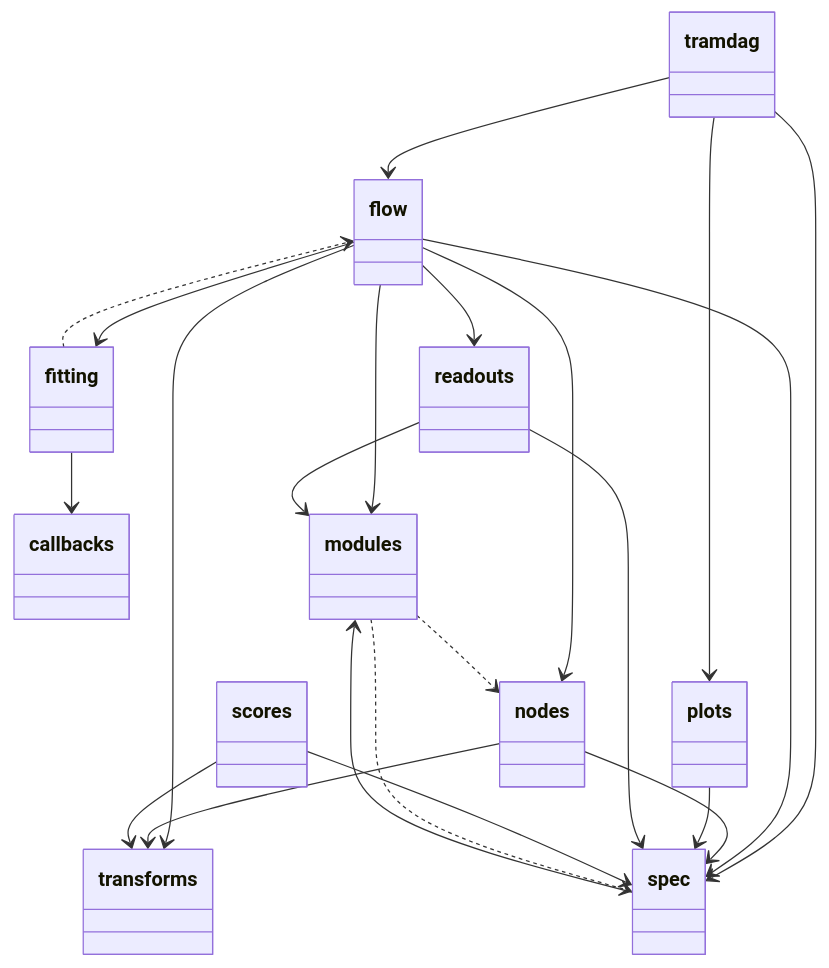
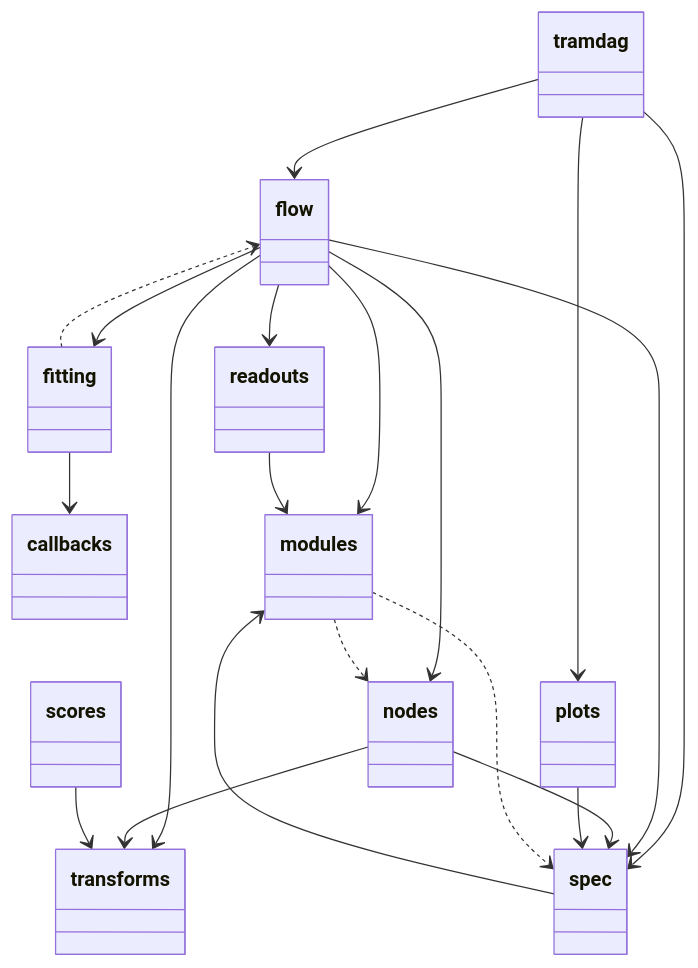
One commit to tensorchiefs/tramdag changed the third of 6 diagrams in docs/architecture.md. Above: the diagram before and after it, drawn with Mermaid. The commit also changed other lines of this file and 13 other files, not shown here.

````diff
--- a/docs/architecture.md
+++ b/docs/architecture.md
@@ -153,46 +153,44 @@
 ```mermaid
 classDiagram
   class tramdag {
   }
   class callbacks {
   }
   class fitting {
   }
   class flow {
   }
   class modules {
   }
   class nodes {
   }
   class plots {
   }
   class readouts {
   }
   class scores {
   }
   class spec {
   }
   class transforms {
   }
   tramdag --> flow
   tramdag --> plots
   tramdag --> spec
   fitting --> callbacks
   flow --> fitting
   flow --> modules
   flow --> nodes
   flow --> readouts
   flow --> spec
   flow --> transforms
   nodes --> spec
   nodes --> transforms
   plots --> spec
   readouts --> modules
-  readouts --> spec
-  scores --> spec
   scores --> transforms
   spec --> modules
   fitting ..> flow
   modules ..> nodes
   modules ..> spec
 ```
````
